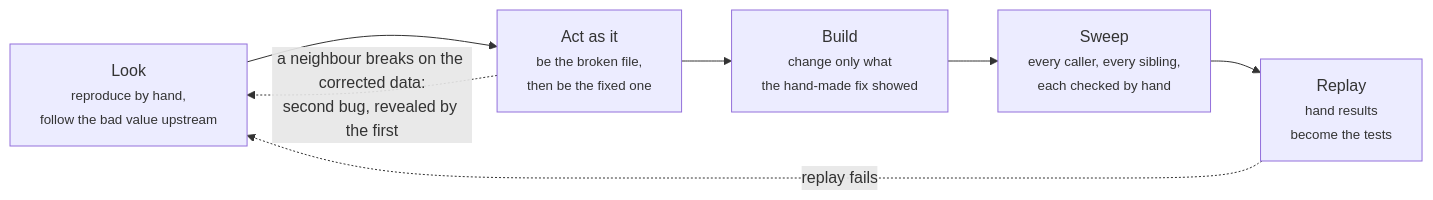
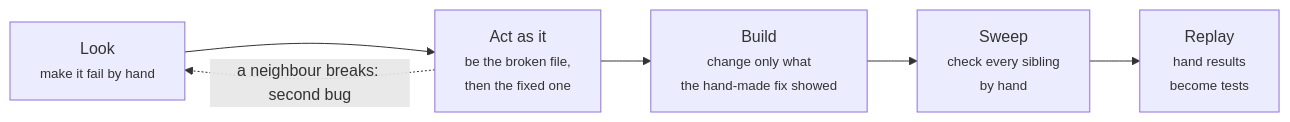
The diagram in README.md (woosikkim/rehearse), drawn with Mermaid before and after one commit. The commit also changed other lines of this file, not shown here.

````diff
--- a/README.md
+++ b/README.md
@@ -29,9 +38,8 @@
 ```mermaid
 flowchart LR
-    A["Look<br/><small>reproduce by hand,<br/>follow the bad value upstream</small>"] --> B["Act as it<br/><small>be the broken file,<br/>then be the fixed one</small>"]
+    A["Look<br/><small>make it fail by hand</small>"] --> B["Act as it<br/><small>be the broken file,<br/>then the fixed one</small>"]
     B --> C["Build<br/><small>change only what<br/>the hand-made fix showed</small>"]
-    C --> D["Sweep<br/><small>every caller, every sibling,<br/>each checked by hand</small>"]
-    D --> E["Replay<br/><small>hand results<br/>become the tests</small>"]
-    B -. "a neighbour breaks on the corrected data:<br/>second bug, revealed by the first" .-> A
-    E -. "replay fails" .-> A
+    C --> D["Sweep<br/><small>check every sibling<br/>by hand</small>"]
+    D --> E["Replay<br/><small>hand results<br/>become tests</small>"]
+    B -. "a neighbour breaks: second bug" .-> A
 ```
````
